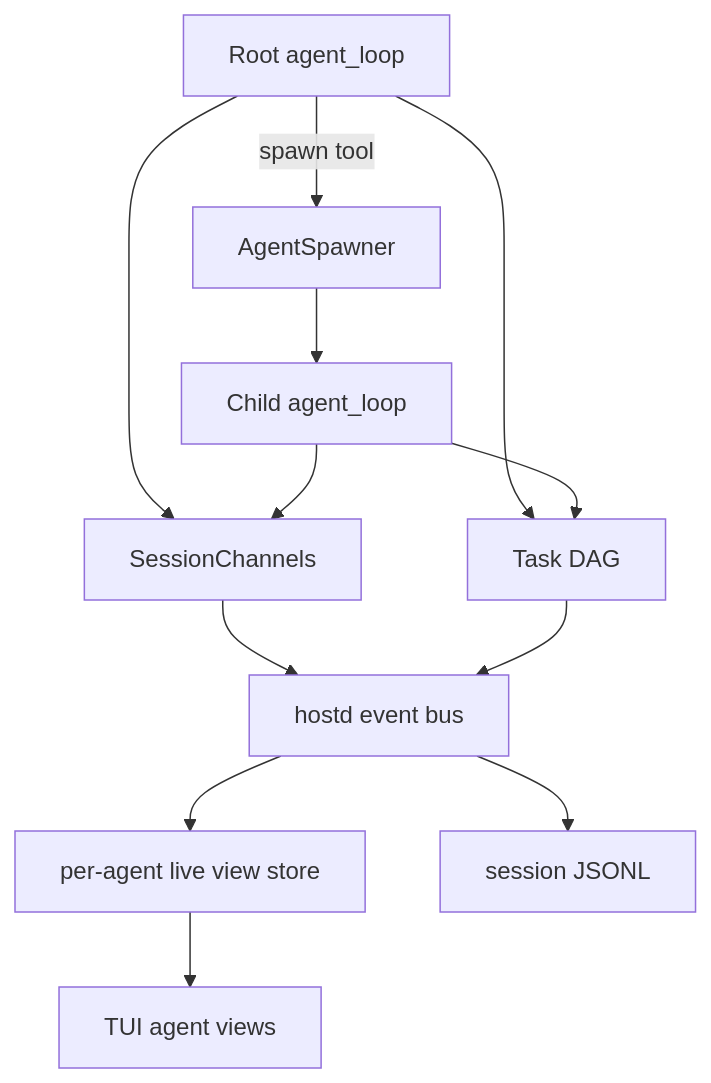
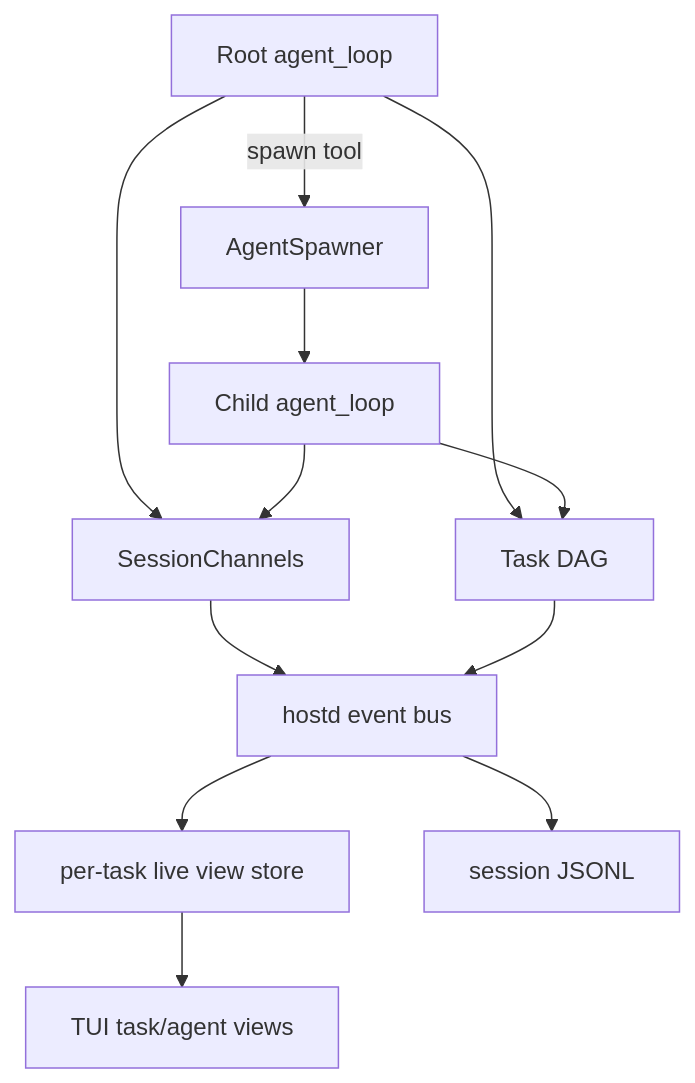
One commit to biuld/piko changed the second of 2 diagrams in docs/stream-architecture.md. Above: the diagram before and after it, drawn with Mermaid. The commit also changed other lines of this file and 38 other files, not shown here.

Commit message:
feat: implement static agent templates and separate task-id runtime task DAG mapping

````diff
--- a/docs/stream-architecture.md
+++ b/docs/stream-architecture.md
@@ -206,24 +212,24 @@
 ```mermaid
 graph TD
   ROOT[Root agent_loop]
   CHILD[Child agent_loop]
   SPAWNER[AgentSpawner]
   DAG[Task DAG]
   CHANNELS[SessionChannels]
   HOSTD[hostd event bus]
-  VIEWS[per-agent live view store]
-  TUI[TUI agent views]
+  VIEWS[per-task live view store]
+  TUI[TUI task/agent views]
   JSONL[session JSONL]
 
   ROOT -->|spawn tool| SPAWNER
   SPAWNER --> CHILD
   ROOT --> CHANNELS
   CHILD --> CHANNELS
   ROOT --> DAG
   CHILD --> DAG
   CHANNELS --> HOSTD
   DAG --> HOSTD
   HOSTD --> VIEWS
   HOSTD --> JSONL
   VIEWS --> TUI
 ```
````
